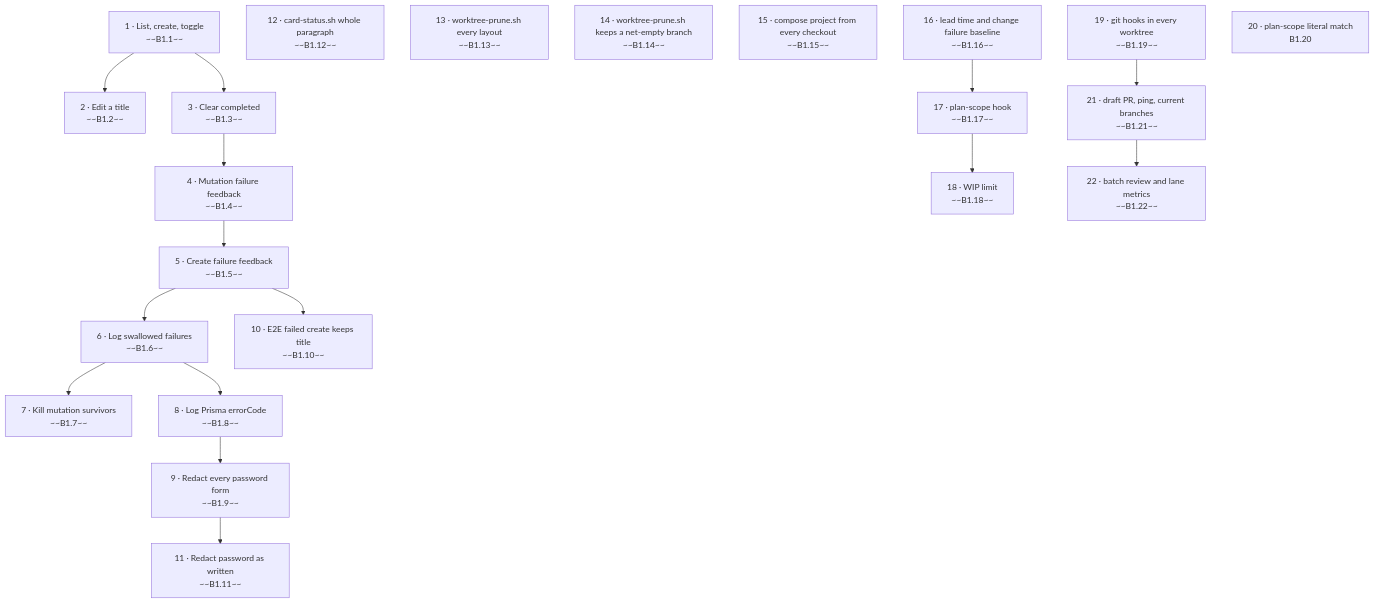
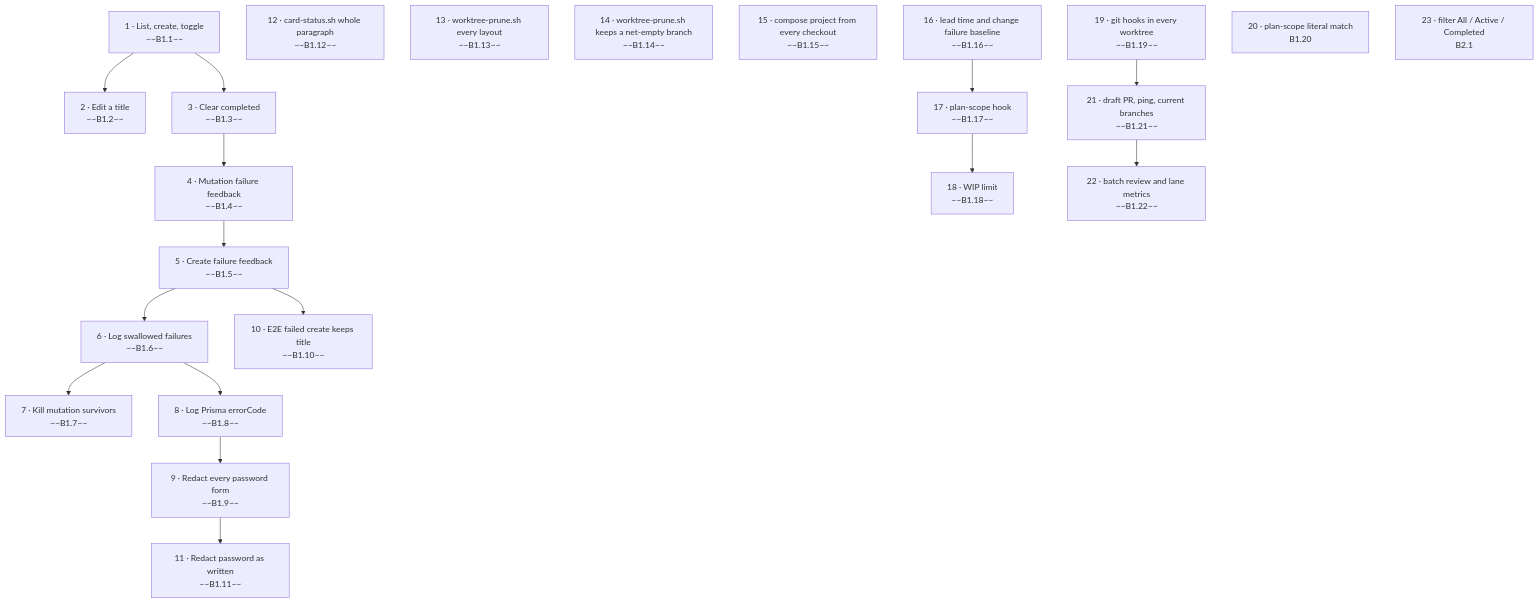
The diagram in backlog/README.md (st-minhho2/level-up-lab), drawn with Mermaid before and after one commit. The commit also changed other lines of this file and 1 other file, not shown here.

Commit message:
docs(backlog): card B2.1 filter All / Active / Completed

````diff
--- a/backlog/README.md
+++ b/backlog/README.md
@@ -15,39 +16,40 @@
 ```mermaid
 flowchart TD
   S1["1 · List, create, toggle<br/>~~B1.1~~"]
   S2["2 · Edit a title<br/>~~B1.2~~"]
   S3["3 · Clear completed<br/>~~B1.3~~"]
   S1 --> S2
   S4["4 · Mutation failure feedback<br/>~~B1.4~~"]
   S1 --> S3
   S3 --> S4
   S5["5 · Create failure feedback<br/>~~B1.5~~"]
   S4 --> S5
   S6["6 · Log swallowed failures<br/>~~B1.6~~"]
   S5 --> S6
   S7["7 · Kill mutation survivors<br/>~~B1.7~~"]
   S6 --> S7
   S8["8 · Log Prisma errorCode<br/>~~B1.8~~"]
   S6 --> S8
   S9["9 · Redact every password form<br/>~~B1.9~~"]
   S8 --> S9
   S10["10 · E2E failed create keeps title<br/>~~B1.10~~"]
   S5 --> S10
   S11["11 · Redact password as written<br/>~~B1.11~~"]
   S9 --> S11
   S12["12 · card-status.sh whole paragraph<br/>~~B1.12~~"]
   S13["13 · worktree-prune.sh every layout<br/>~~B1.13~~"]
   S14["14 · worktree-prune.sh keeps a net-empty branch<br/>~~B1.14~~"]
   S15["15 · compose project from every checkout<br/>~~B1.15~~"]
   S16["16 · lead time and change failure baseline<br/>~~B1.16~~"]
   S17["17 · plan-scope hook<br/>~~B1.17~~"]
   S18["18 · WIP limit<br/>~~B1.18~~"]
   S19["19 · git hooks in every worktree<br/>~~B1.19~~"]
   S20["20 · plan-scope literal match<br/>B1.20"]
   S21["21 · draft PR, ping, current branches<br/>~~B1.21~~"]
   S22["22 · batch review and lane metrics<br/>~~B1.22~~"]
   S21 --> S22
   S19 --> S21
   S17 --> S18
   S16 --> S17
+  S23["23 · filter All / Active / Completed<br/>B2.1"]
 ```
````
